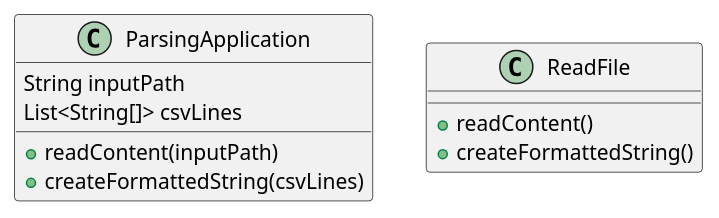
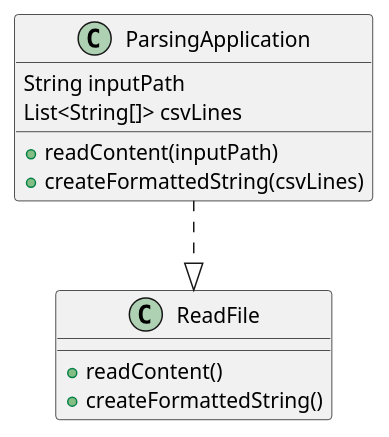
The diagram in diagrams/Solution42.puml (mredelis/COP3330-OOP-AS3-Summer21), drawn with PlantUML before and after one commit. The commit also changed 5 other files, not shown here.

Commit message:
Updated diagrams

```diff
--- a/diagrams/Solution42.puml
+++ b/diagrams/Solution42.puml
@@ -1,16 +1,18 @@
 @startuml
 
 class ParsingApplication{
     String inputPath
     List<String[]> csvLines
 
     + readContent(inputPath)
     + createFormattedString(csvLines)
 }
 
+ParsingApplication ..|> ReadFile
+
 class ReadFile{
     + readContent()
     + createFormattedString()
 
 }
 @enduml
```
